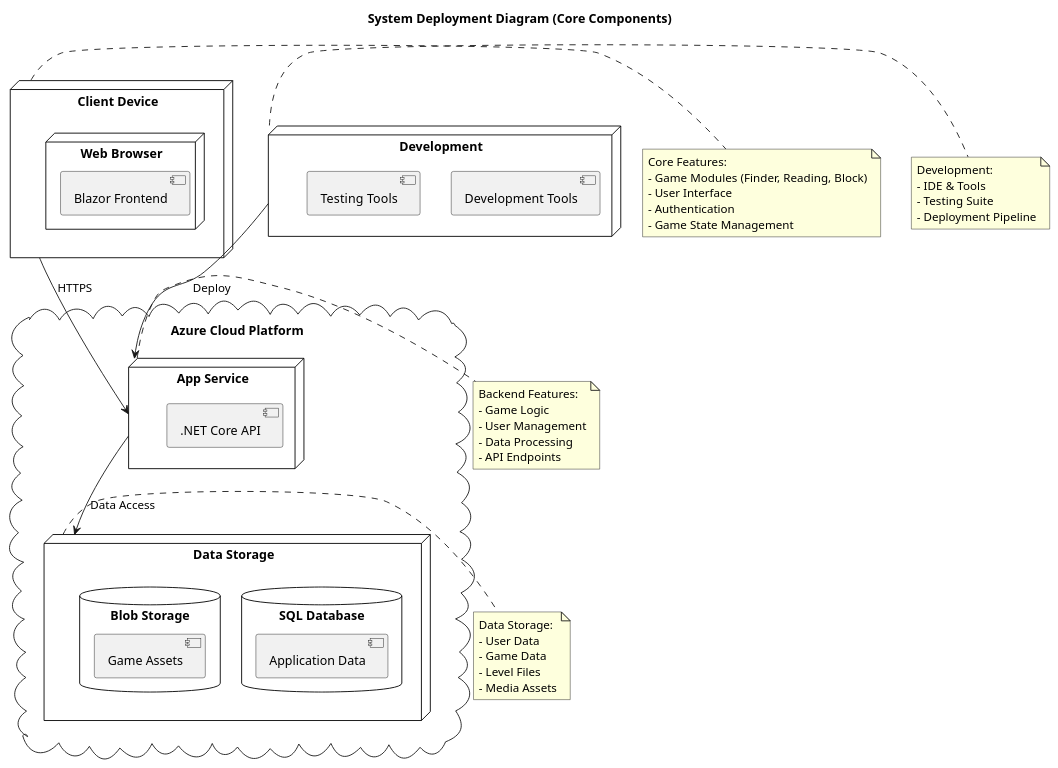
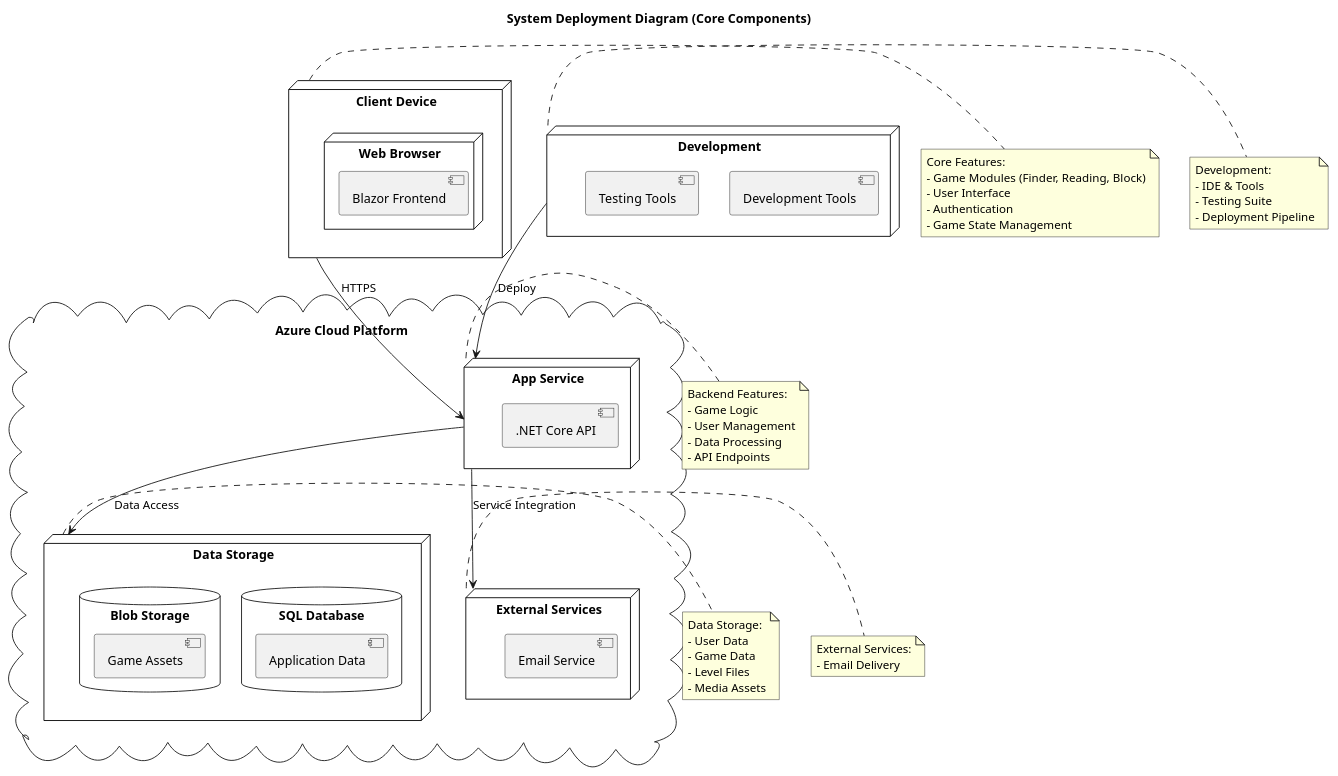
One commit to Saukys/se-24-psi2 changed the diagram in docs/deployment-diagram.puml. Above: the diagram before and after it, drawn with PlantUML. The commit also changed 4 other files, not shown here.

Commit message:
Refactor UML diagrams to enhance clarity and detail, including updates to class, component, deployment, sequence, and state diagrams. Removed obsolete classes, restructured components, and added new states and transitions for improved group management.

```diff
--- a/docs/deployment-diagram.puml
+++ b/docs/deployment-diagram.puml
@@ -1,104 +1,108 @@
 @startuml
 ' =============================================
 ' System Deployment Diagram
 ' =============================================
 ' This diagram illustrates the physical deployment architecture of the educational game platform,
 ' showing how different components are distributed across various environments.
 '
 ' Deployment Overview:
 ' - Client Side: Web browser-based Blazor frontend
 ' - Azure Cloud: Core application services and data storage
 ' - Development: Tools and environments for development
 '
 ' Infrastructure Components:
 ' - App Service: Hosts the .NET Core API
 ' - SQL Database: Stores application data
 ' - Blob Storage: Manages game assets
 ' - Development Tools: IDE and testing environment
 '
 ' Communication:
 ' - HTTPS for client-server communication
 ' - Secure data access between services
 ' - Deployment pipeline from development
 ' =============================================
 
 title System Deployment Diagram (Core Components)
 
 ' Style settings
 skinparam node {
     BackgroundColor White
     BorderColor Black
 }
 
-skinparam database {
-    BackgroundColor White
-    BorderColor Black
-}
-
 ' Client Side
 node "Client Device" as client {
     node "Web Browser" {
         [Blazor Frontend]
     }
 }
 
 ' Azure Cloud Platform
 cloud "Azure Cloud Platform" {
     node "App Service" as appService {
         [.NET Core API]
     }
 
     node "Data Storage" as storage {
         database "SQL Database" {
             [Application Data]
         }
         database "Blob Storage" {
             [Game Assets]
         }
     }
+
+    node "External Services" as external {
+        [Email Service]
+    }
 }
 
 ' Development
 node "Development" as dev {
     [Development Tools]
     [Testing Tools]
 }
 
 ' Communication Paths
 client --> appService : HTTPS
 appService --> storage : Data Access
+appService --> external : Service Integration
 dev --> appService : Deploy
 
 ' Core Notes
 note right of client
   Core Features:
   - Game Modules (Finder, Reading, Block)
   - User Interface
   - Authentication
   - Game State Management
 end note
 
 note right of appService
   Backend Features:
   - Game Logic
   - User Management
   - Data Processing
   - API Endpoints
 end note
 
 note right of storage
   Data Storage:
   - User Data
   - Game Data
   - Level Files
   - Media Assets
 end note
 
+note right of external
+  External Services:
+  - Email Delivery
+end note
+
 note right of dev
   Development:
   - IDE & Tools
   - Testing Suite
   - Deployment Pipeline
 end note
-
-@enduml 
+@enduml
```
